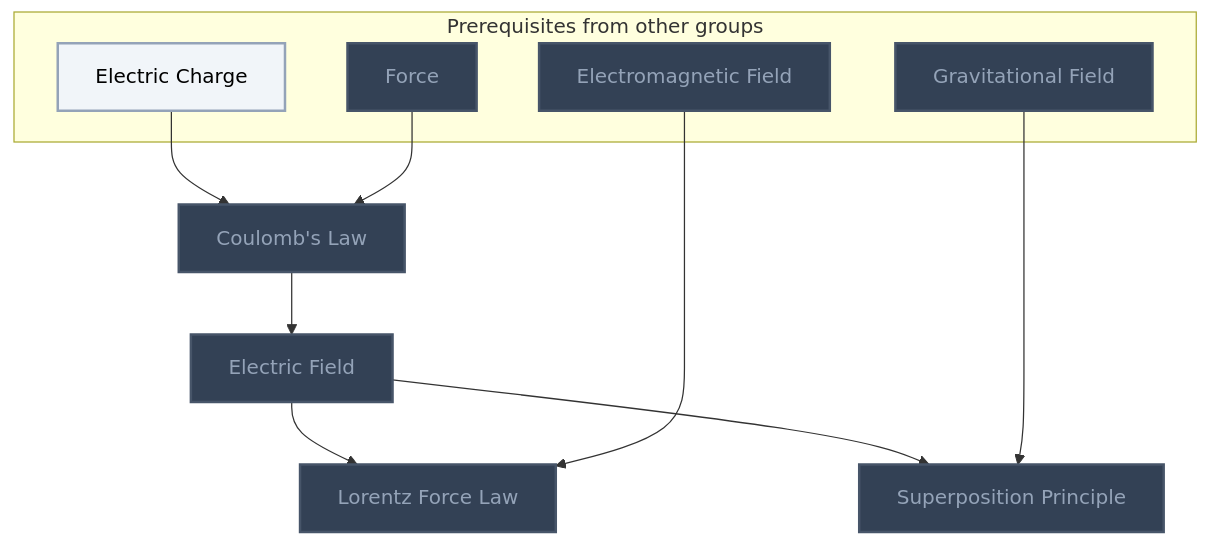
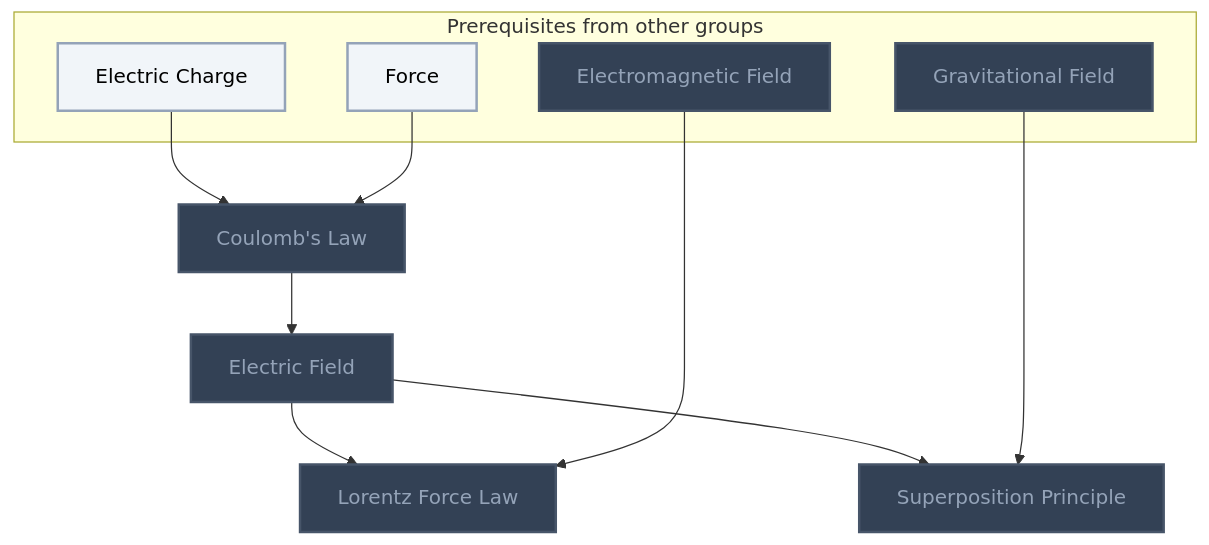
Before and after one commit to MRauf1/My-Notes: the fourth of 6 diagrams in Gamification/Skill Trees/Electromagnetism.md, drawn with Mermaid. The commit also changed other lines of this file and 57 other files, not shown here.

````diff
--- a/Gamification/Skill Trees/Electromagnetism.md
+++ b/Gamification/Skill Trees/Electromagnetism.md
@@ -88,32 +88,32 @@
 ```mermaid
 flowchart TD
     classDef planned fill:#1E293B,stroke:#64748B,stroke-width:2px,stroke-dasharray:5 5,color:#94A3B8;
     classDef locked fill:#334155,stroke:#475569,stroke-width:2px,color:#94A3B8;
     classDef L0 fill:#F1F5F9,stroke:#94A3B8,stroke-width:2px,color:#000000;
     classDef L1 fill:#22C55E,stroke:#15803D,stroke-width:2px,color:#000000;
     classDef L2 fill:#3B82F6,stroke:#1D4ED8,stroke-width:3px,color:#FFFFFF;
     classDef L3 fill:#A855F7,stroke:#6B21A8,stroke-width:3px,color:#FFFFFF,font-weight:bold;
     classDef L4 fill:#F97316,stroke:#C2410C,stroke-width:4px,color:#000000,font-weight:bold;
     classDef L5 fill:#FFD700,stroke:#FF8C00,stroke-width:5px,color:#000000,font-weight:bold;
     classDef rusty stroke:#8B4513,stroke-width:4px,stroke-dasharray:3 3;
     subgraph sg_prereqs["Prerequisites from other groups"]
         n_electric_charge["Electric Charge"]
         n_force["Force"]
         n_electromagnetic_field["Electromagnetic Field"]
         n_gravitational_field["Gravitational Field"]
     end
     n_coulomb_s_law["Coulomb's Law"]
     n_electric_field["Electric Field"]
     n_lorentz_force_law["Lorentz Force Law"]
     n_superposition_principle["Superposition Principle"]
     n_electric_charge --> n_coulomb_s_law
     n_force --> n_coulomb_s_law
     n_coulomb_s_law --> n_electric_field
     n_electric_field --> n_lorentz_force_law
     n_electromagnetic_field --> n_lorentz_force_law
     n_electric_field --> n_superposition_principle
     n_gravitational_field --> n_superposition_principle
-    class n_force,n_electromagnetic_field,n_gravitational_field,n_coulomb_s_law,n_electric_field,n_lorentz_force_law,n_superposition_principle locked;
-    class n_electric_charge L0;
+    class n_electromagnetic_field,n_gravitational_field,n_coulomb_s_law,n_electric_field,n_lorentz_force_law,n_superposition_principle locked;
+    class n_electric_charge,n_force L0;
     class n_electric_charge,n_force,n_electromagnetic_field,n_gravitational_field,n_coulomb_s_law,n_electric_field,n_lorentz_force_law,n_superposition_principle internal-link;
 ```
````
